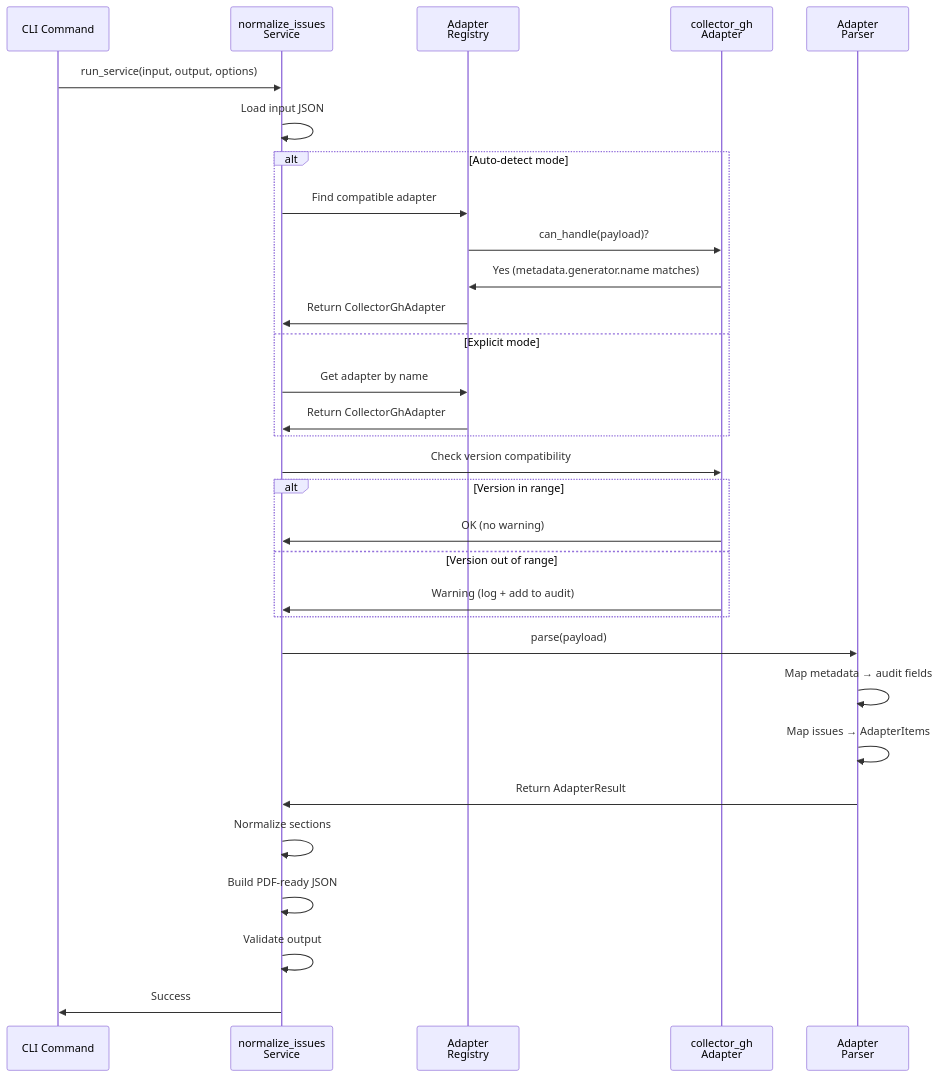
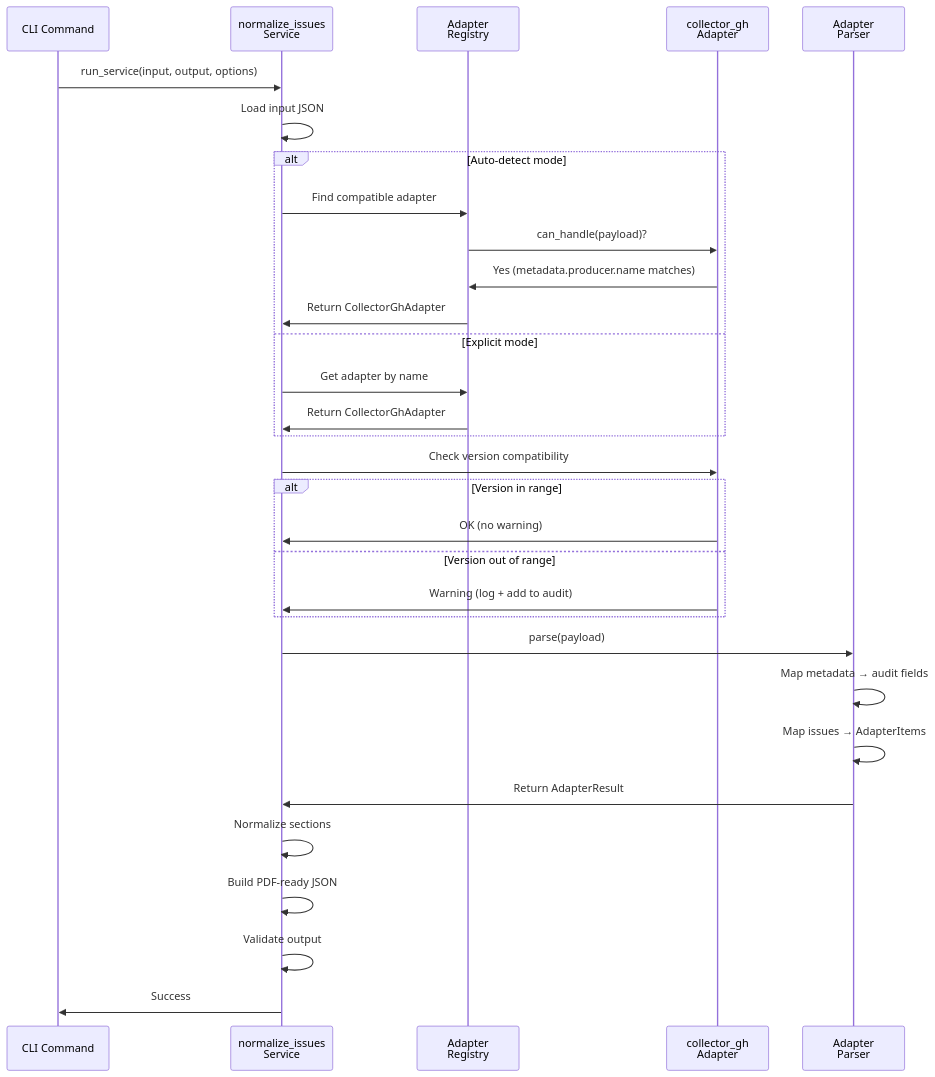
One commit to AbsaOSS/living-doc-toolkit changed the sixth of 10 diagrams in docs/architecture.md. Above: the diagram before and after it, drawn with Mermaid. The commit also changed other lines of this file and 43 other files, not shown here.

First line of the commit message:
Feature/schema synchronization and export (#41)

````diff
--- a/docs/architecture.md
+++ b/docs/architecture.md
@@ -274,39 +274,39 @@
 ```mermaid
 sequenceDiagram
     participant CLI as CLI Command
     participant Service as normalize_issues<br/>Service
     participant Registry as Adapter<br/>Registry
     participant Adapter as collector_gh<br/>Adapter
     participant Parser as Adapter<br/>Parser
     
     CLI->>Service: run_service(input, output, options)
     Service->>Service: Load input JSON
     
     alt Auto-detect mode
         Service->>Registry: Find compatible adapter
         Registry->>Adapter: can_handle(payload)?
-        Adapter->>Registry: Yes (metadata.generator.name matches)
+        Adapter->>Registry: Yes (metadata.producer.name matches)
         Registry->>Service: Return CollectorGhAdapter
     else Explicit mode
         Service->>Registry: Get adapter by name
         Registry->>Service: Return CollectorGhAdapter
     end
     
     Service->>Adapter: Check version compatibility
     
     alt Version in range
         Adapter->>Service: OK (no warning)
     else Version out of range
         Adapter->>Service: Warning (log + add to audit)
     end
     
     Service->>Parser: parse(payload)
     Parser->>Parser: Map metadata → audit fields
     Parser->>Parser: Map issues → AdapterItems
     Parser->>Service: Return AdapterResult
     
     Service->>Service: Normalize sections
     Service->>Service: Build PDF-ready JSON
     Service->>Service: Validate output
     Service->>CLI: Success
 ```
````
